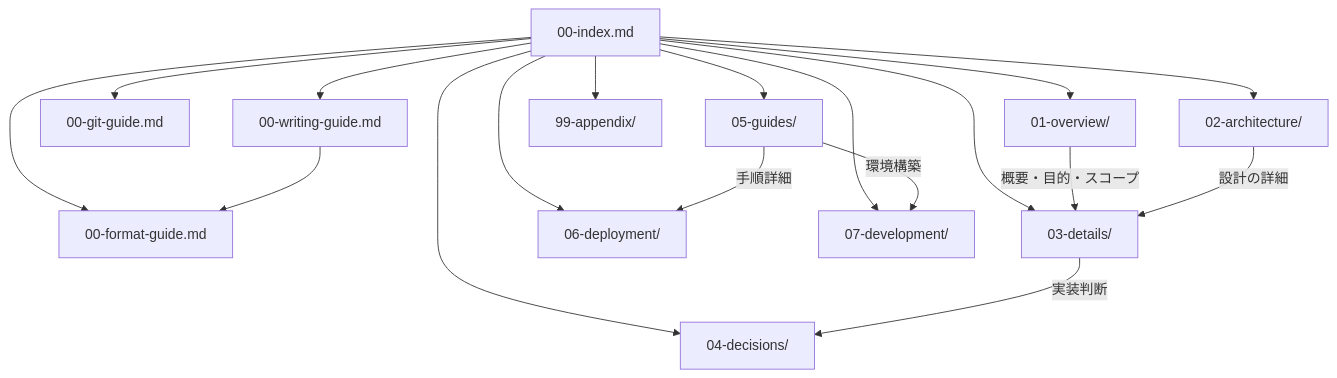
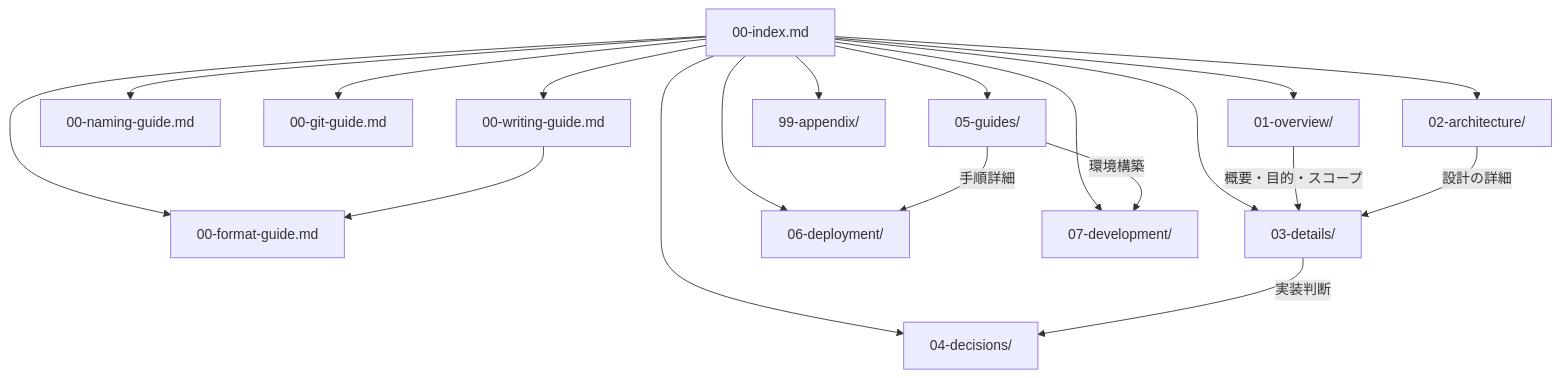
The diagram in docs/00-index.md (krtw00/duel-log-app), drawn with Mermaid before and after one commit. The commit also changed other lines of this file and 87 other files, not shown here.

````diff
--- a/docs/00-index.md
+++ b/docs/00-index.md
@@ -18,21 +18,22 @@
 ```mermaid
 flowchart TD
     INDEX[00-index.md] --> GUIDE[00-writing-guide.md]
     INDEX --> FORMAT[00-format-guide.md]
+    INDEX --> NAMING[00-naming-guide.md]
     INDEX --> GIT[00-git-guide.md]
     INDEX --> OV[01-overview/]
     INDEX --> ARCH[02-architecture/]
     INDEX --> DET[03-details/]
     INDEX --> ADR[04-decisions/]
     INDEX --> GUIDES[05-guides/]
     INDEX --> DEPLOY[06-deployment/]
     INDEX --> DEV[07-development/]
     INDEX --> APP[99-appendix/]
 
     GUIDE --> FORMAT
     OV --> |概要・目的・スコープ| DET
     ARCH --> |設計の詳細| DET
     DET --> |実装判断| ADR
     GUIDES --> |手順詳細| DEPLOY
     GUIDES --> |環境構築| DEV
 ```
````
